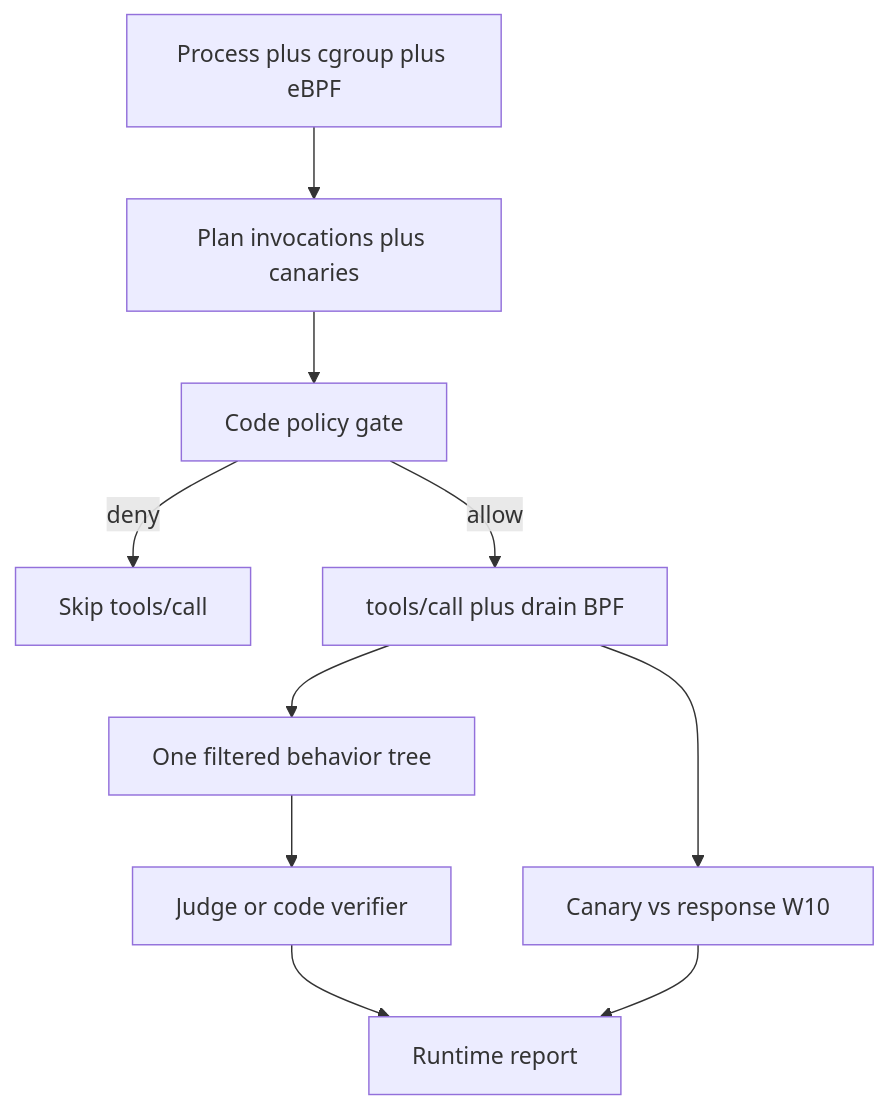
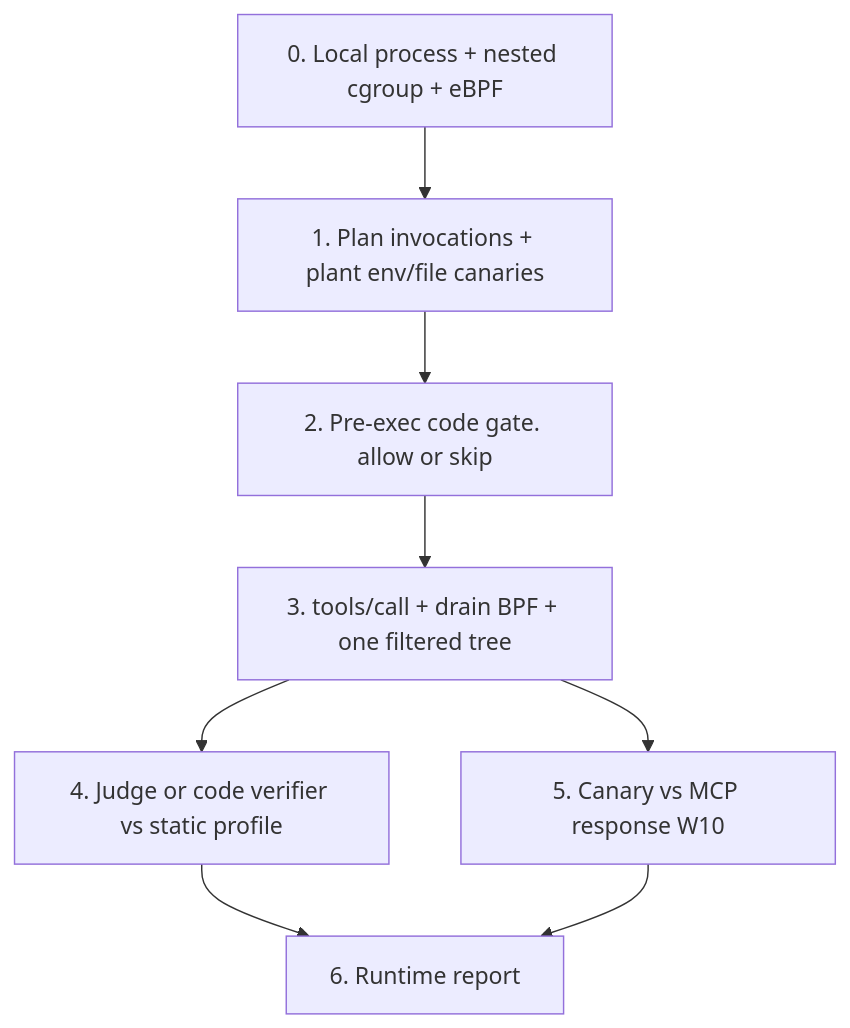
The second of 2 diagrams in README.md (sanjayriram44/MCPAegis), drawn with Mermaid before and after one commit. The commit also changed other lines of this file, not shown here.

````diff
--- a/README.md
+++ b/README.md
@@ -496,13 +267,11 @@
 ```mermaid
 flowchart TD
-  D0[Process plus cgroup plus eBPF]
-  D0 --> D1[Plan invocations plus canaries]
-  D1 --> D2[Code policy gate]
-  D2 -->|deny| Skip[Skip tools/call]
-  D2 -->|allow| Call[tools/call plus drain BPF]
-  Call --> D3[One filtered behavior tree]
-  D3 --> D4[Judge or code verifier]
-  Call --> D5[Canary vs response W10]
-  D4 --> D6[Runtime report]
+  D0["0. Local process + nested cgroup + eBPF"]
+  D0 --> D1["1. Plan invocations + plant env/file canaries"]
+  D1 --> D2["2. Pre-exec code gate. allow or skip"]
+  D2 --> D3["3. tools/call + drain BPF + one filtered tree"]
+  D3 --> D4["4. Judge or code verifier vs static profile"]
+  D3 --> D5["5. Canary vs MCP response W10"]
+  D4 --> D6["6. Runtime report"]
   D5 --> D6
 ```
````
